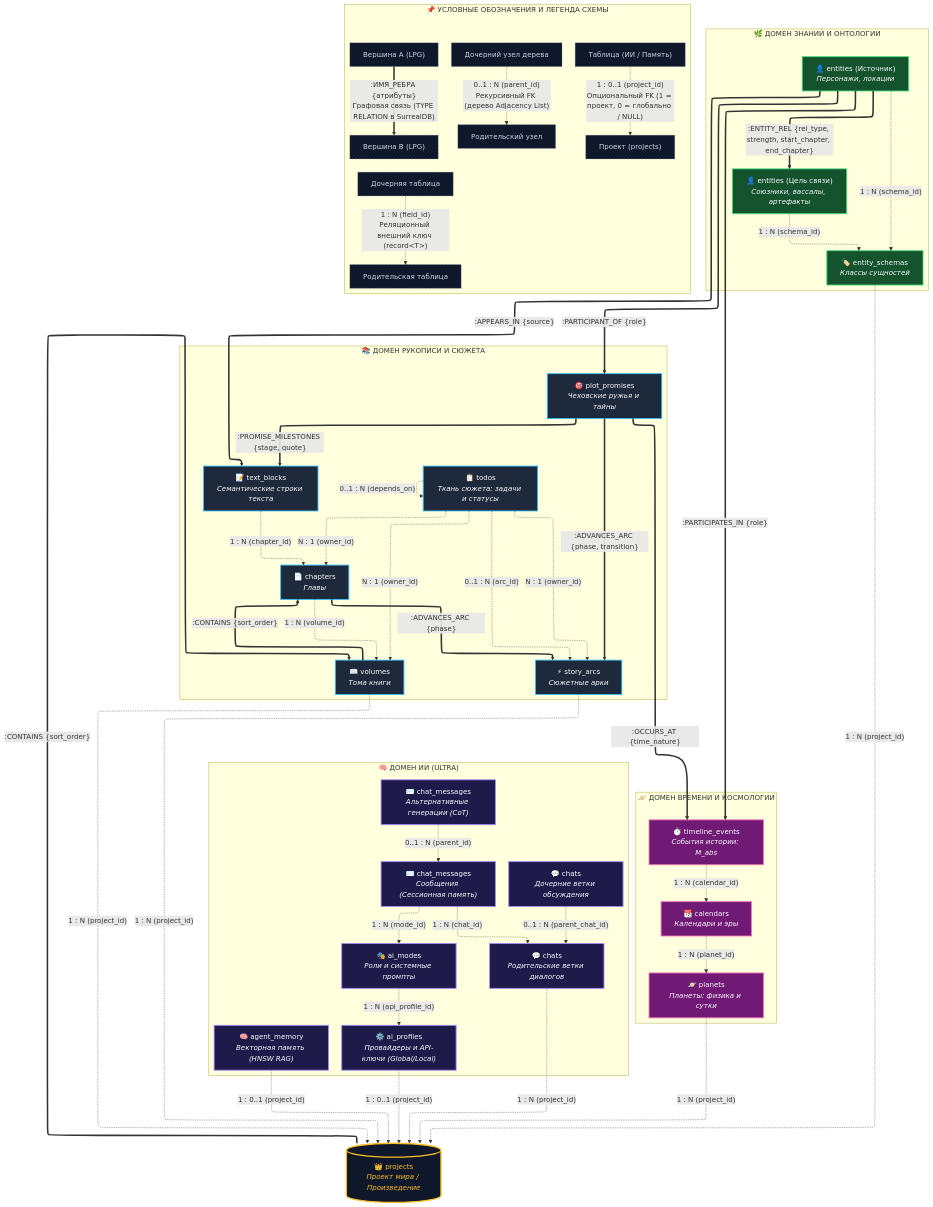
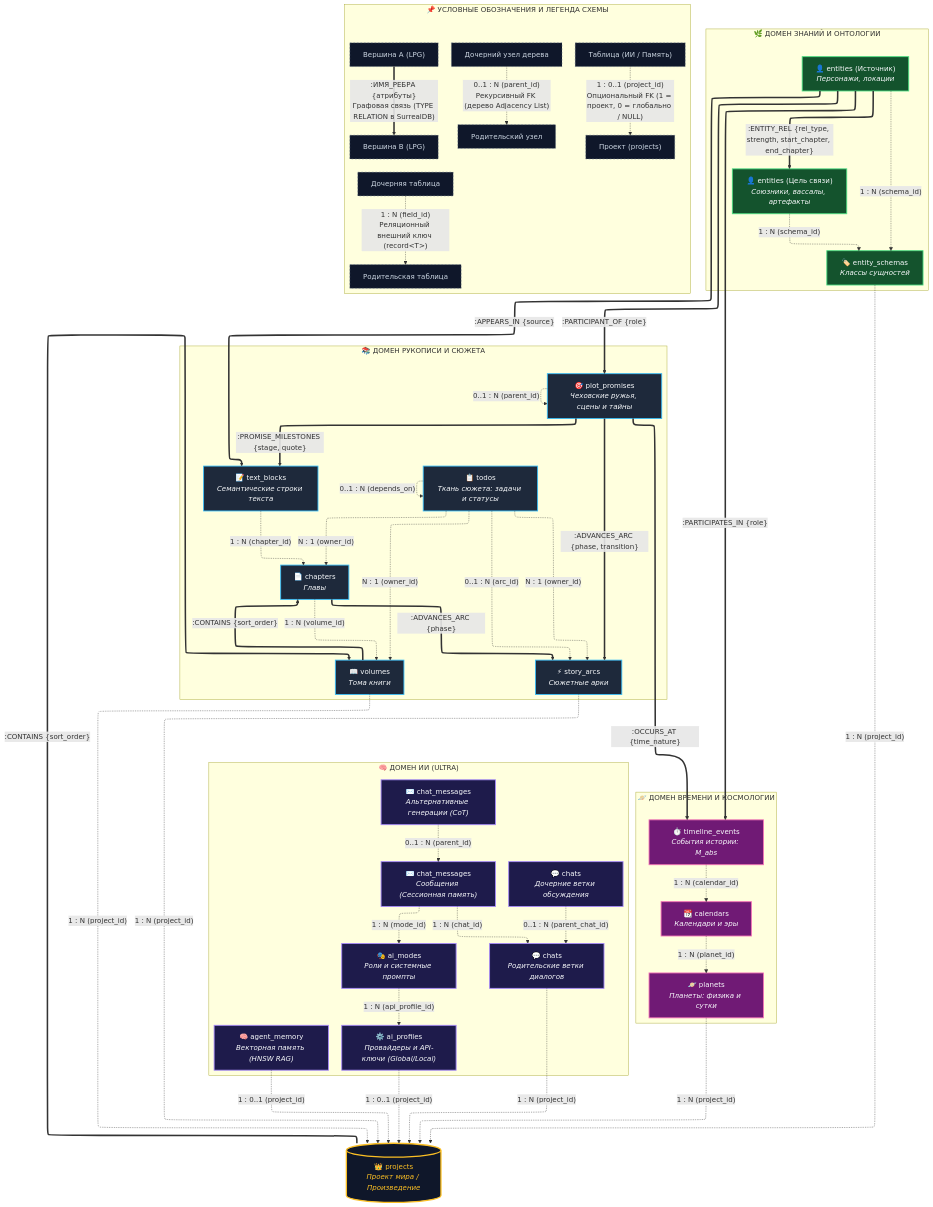
One commit to nagisokyn-prog/WorldWiki changed the diagram in docs/coursework/02_Исследовательская_часть/2.8_концептуальная_схема.md. Above: the diagram before and after it, drawn with Mermaid. The commit also changed other lines of this file and 54 other files, not shown here.

Commit message:
feat: add core schema, backend workflows, domain models, and SPA features for plot promises and timeline events

````diff
--- a/docs/coursework/02_Исследовательская_часть/2.8_концептуальная_схема.md
+++ b/docs/coursework/02_Исследовательская_часть/2.8_концептуальная_схема.md
@@ -53,6 +53,7 @@
 ```mermaid
 flowchart TB
 %%{init: {"flowchart": {"defaultRenderer": "elk"}} }%%
+%% mermaid-lint-disable no-self-loop
 
     %% ==========================================
     %% СТИЛИ И КЛАСТЕРЫ
@@ -77,7 +78,7 @@
         Chapters["📄 chapters<br/><i>Главы</i>"]:::narrative
         TextBlocks["📝 text_blocks<br/><i>Семантические строки текста</i>"]:::narrative
         StoryArcs["⚡ story_arcs<br/><i>Сюжетные арки</i>"]:::narrative
-        PlotPromises["🎯 plot_promises<br/><i>Чеховские ружья и тайны</i>"]:::narrative
+        PlotPromises["🎯 plot_promises<br/><i>Чеховские ружья, сцены и тайны</i>"]:::narrative
         Todos["📋 todos<br/><i>Ткань сюжета: задачи и статусы</i>"]:::narrative
     end
 
@@ -148,11 +149,16 @@
     TextBlocks -.->|"1 : N (chapter_id)"| Chapters
     StoryArcs -.->|"1 : N (project_id)"| Project
 
+    %% Рекурсивная иерархия сцен (связь таблицы сама на себя 0..1 : N)
+    %% mermaid-lint-disable-next-line no-self-loop (Adjacency List tree hierarchy)
+    PlotPromises -.->|"0..1 : N (parent_id)"| PlotPromises
+
     %% Задачи планировщика: полиморфный владелец N:1 и сюжетные зависимости
     Todos -.->|"N : 1 (owner_id)"| Volumes
     Todos -.->|"N : 1 (owner_id)"| Chapters
     Todos -.->|"N : 1 (owner_id)"| StoryArcs
     Todos -.->|"0..1 : N (arc_id)"| StoryArcs
+    %% mermaid-lint-disable-next-line no-self-loop (Predecessor task dependency)
     Todos -.->|"0..1 : N (depends_on)"| Todos
 
     %% Онтология: схема закреплена за проектом, сущность типизирована схемой
````
